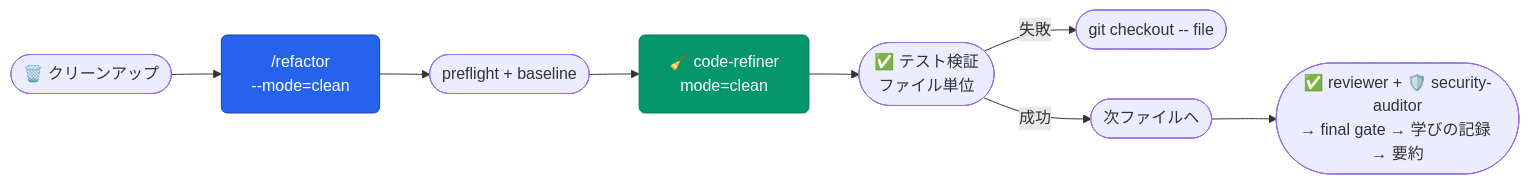
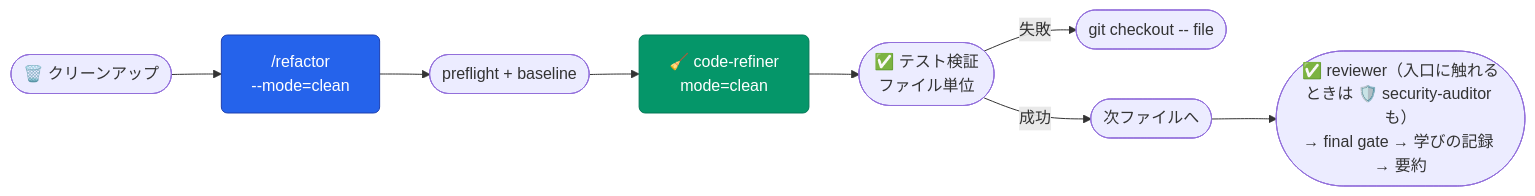
One commit to aokumablue/claq changed the fifth of 20 diagrams in README.md. Above: the diagram before and after it, drawn with Mermaid. The commit also changed other lines of this file and 4 other files, not shown here.

Commit message:
refactor(defs): security-auditor の起動を /review・/refactor・maintain でも入口に触れる変更だけにする

````diff
--- a/README.md
+++ b/README.md
@@ -327,13 +327,13 @@
 ```mermaid
 flowchart LR
   classDef cmd    fill:#2563eb,stroke:#1e40af,color:#fff,rx:6
   classDef agent  fill:#059669,stroke:#047857,color:#fff,rx:6
 
   U(["🗑️ クリーンアップ"]) --> CREF["/refactor<br/>--mode=clean"]:::cmd
   CREF --> PRE(["preflight + baseline"])
   PRE --> AC["🧹 code-refiner<br/>mode=clean"]:::agent
   AC --> TEST(["✅ テスト検証<br/>ファイル単位"])
   TEST -->|失敗| REVERT(["git checkout -- file"])
   TEST -->|成功| NEXT(["次ファイルへ"])
-  NEXT --> RV(["✅ reviewer + 🛡️ security-auditor<br/>→ final gate → 学びの記録 → 要約"])
+  NEXT --> RV(["✅ reviewer（入口に触れるときは 🛡️ security-auditor も）<br/>→ final gate → 学びの記録 → 要約"])
 ```
````
